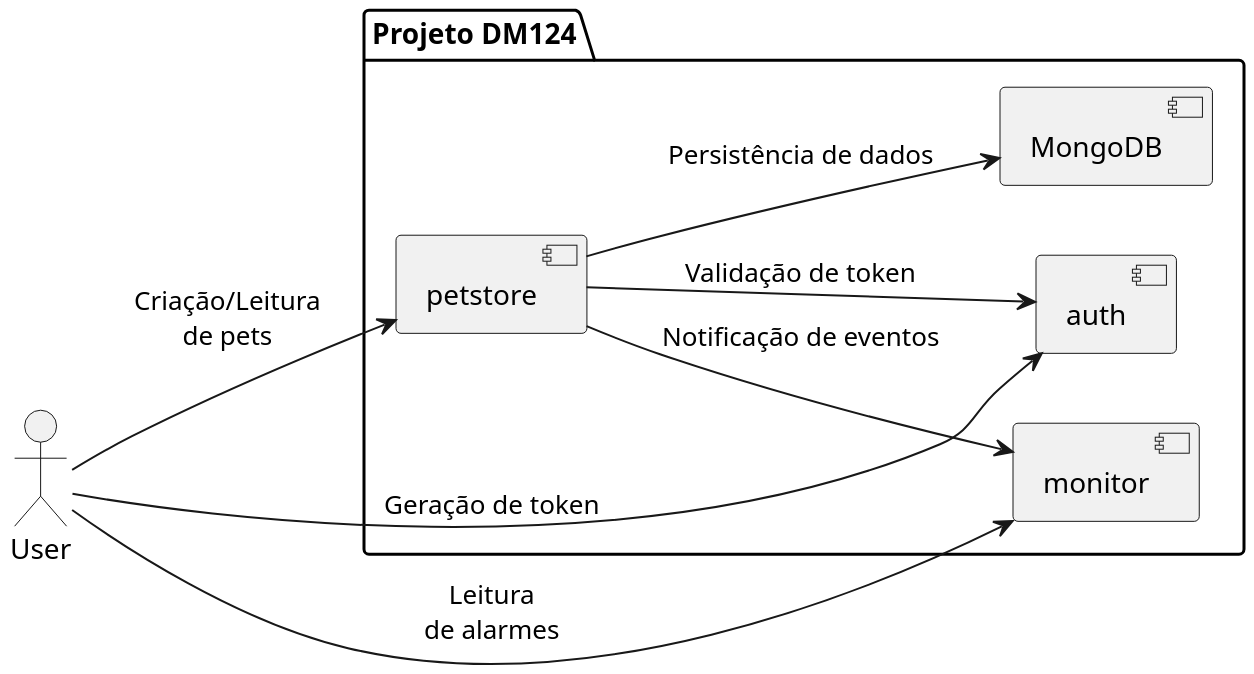
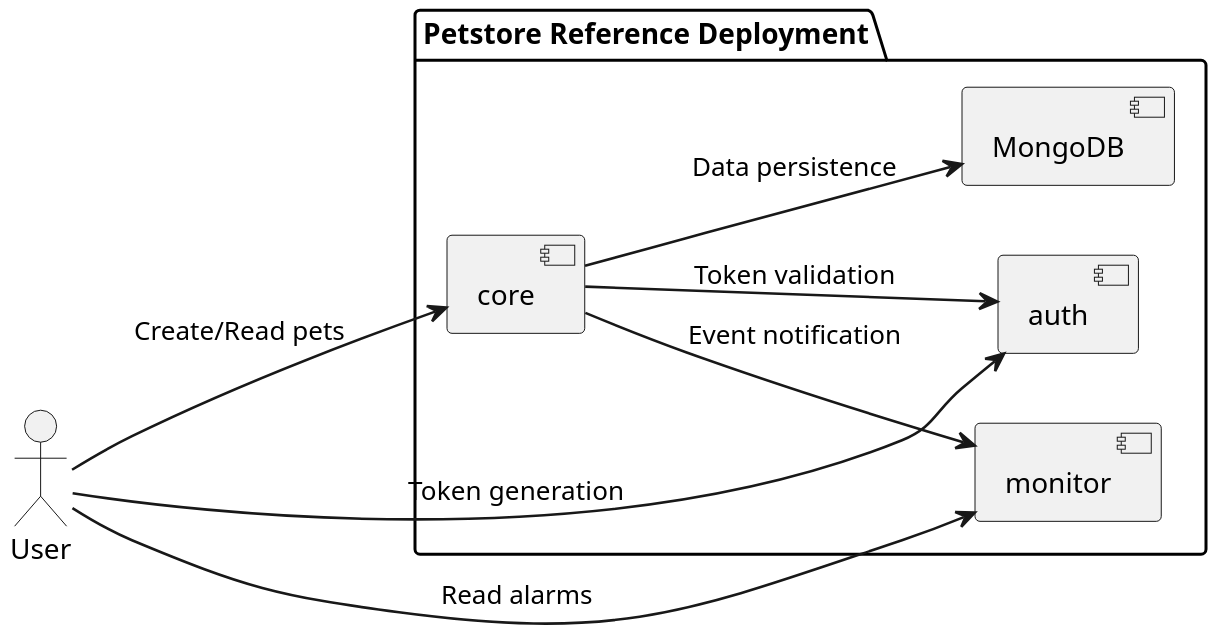
The diagram in docs/diagram/deployment.puml (adautomendes/DM124-ProjetoReferencia), drawn with PlantUML before and after one commit. The commit also changed 16 other files, not shown here.

Commit message:
Migrating from petstore to core

```diff
--- a/docs/diagram/deployment.puml
+++ b/docs/diagram/deployment.puml
@@ -1,20 +1,22 @@
 @startuml
 scale 2
 left to right direction
+hide stereotype
+skinparam DefaultTextAlignment center
+skinparam ArrowThickness 1.3
 
 actor User
-package "Projeto DM124" {
+package "Petstore Reference Deployment" {
+  [core] as core
   [auth] as auth
-  [petstore] as petstore
   [monitor] as monitor
   [MongoDB] as db
 }
 
-User --> auth : Geração de token
-User --> petstore : Criação/Leitura\nde pets
-User --> monitor : Leitura\nde alarmes
-petstore --> db : Persistência de dados
-petstore --> monitor : Notificação de eventos
-petstore --> auth : Validação de token
-
+User --> auth : Token generation
+User --> core : Create/Read pets
+User --> monitor : Read alarms
+core --> db : Data persistence
+core --> monitor : Event notification
+core --> auth : Token validation
 @enduml
```
